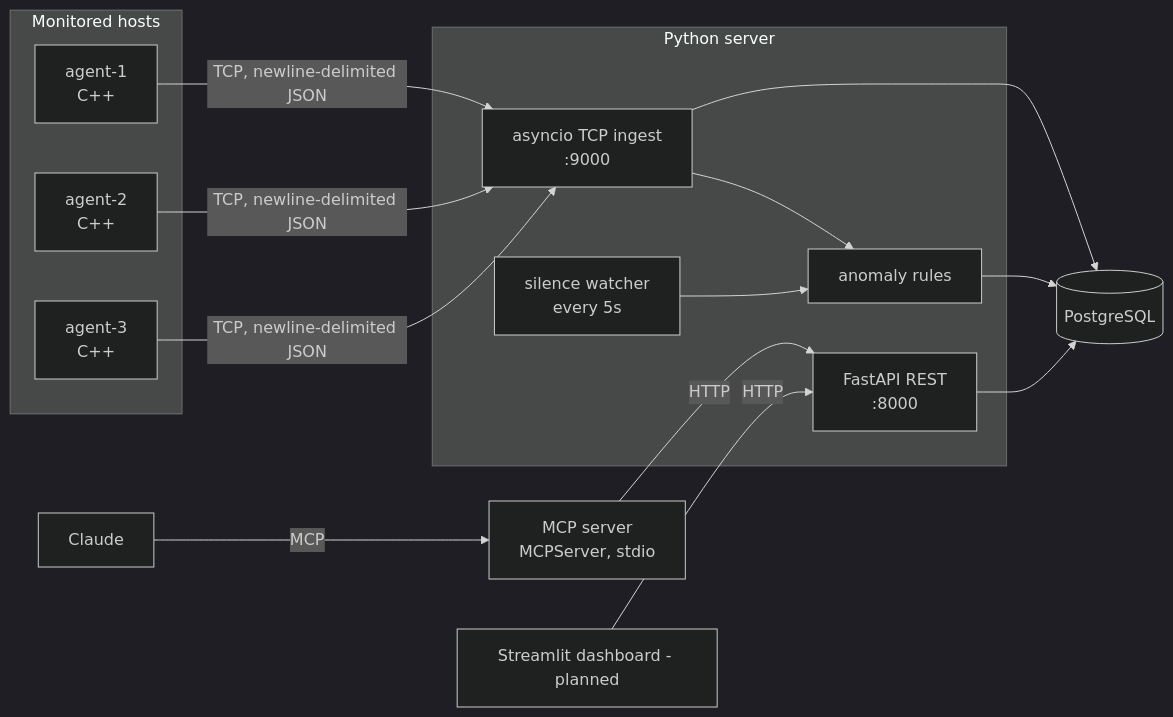
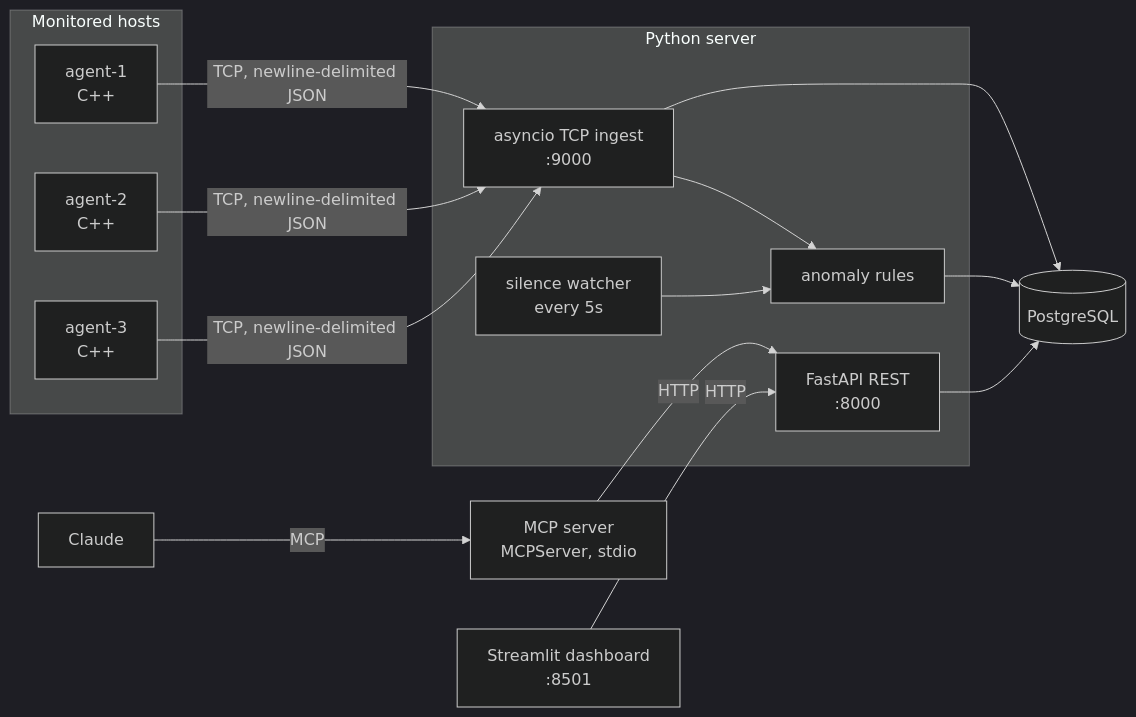
One commit to shuvat/syspulse changed the first of 7 diagrams in docs/architecture.md. Above: the diagram before and after it, drawn with Mermaid (dark theme). The commit also changed other lines of this file and 14 other files, not shown here.

Commit message:
Add Streamlit dashboard with tests, compose service and CI job

````diff
--- a/docs/architecture.md
+++ b/docs/architecture.md
@@ -11,29 +11,29 @@
 ```mermaid
 flowchart LR
     subgraph hosts[Monitored hosts]
         A1[agent-1<br/>C++]
         A2[agent-2<br/>C++]
         A3[agent-3<br/>C++]
     end
 
     subgraph server[Python server]
         I[asyncio TCP ingest<br/>:9000]
         API[FastAPI REST<br/>:8000]
         AN[anomaly rules]
         W[silence watcher<br/>every 5s]
     end
 
     DB[(PostgreSQL)]
     MCP[MCP server<br/>MCPServer, stdio]
-    DASH[Streamlit dashboard - planned]
+    DASH[Streamlit dashboard<br/>:8501]
     LLM[Claude]
 
     A1 & A2 & A3 -- "TCP, newline-delimited JSON" --> I
     I --> DB
     I --> AN --> DB
     W --> AN
     API --> DB
     MCP -- HTTP --> API
     DASH -- HTTP --> API
     LLM -- MCP --> MCP
 ```
````
